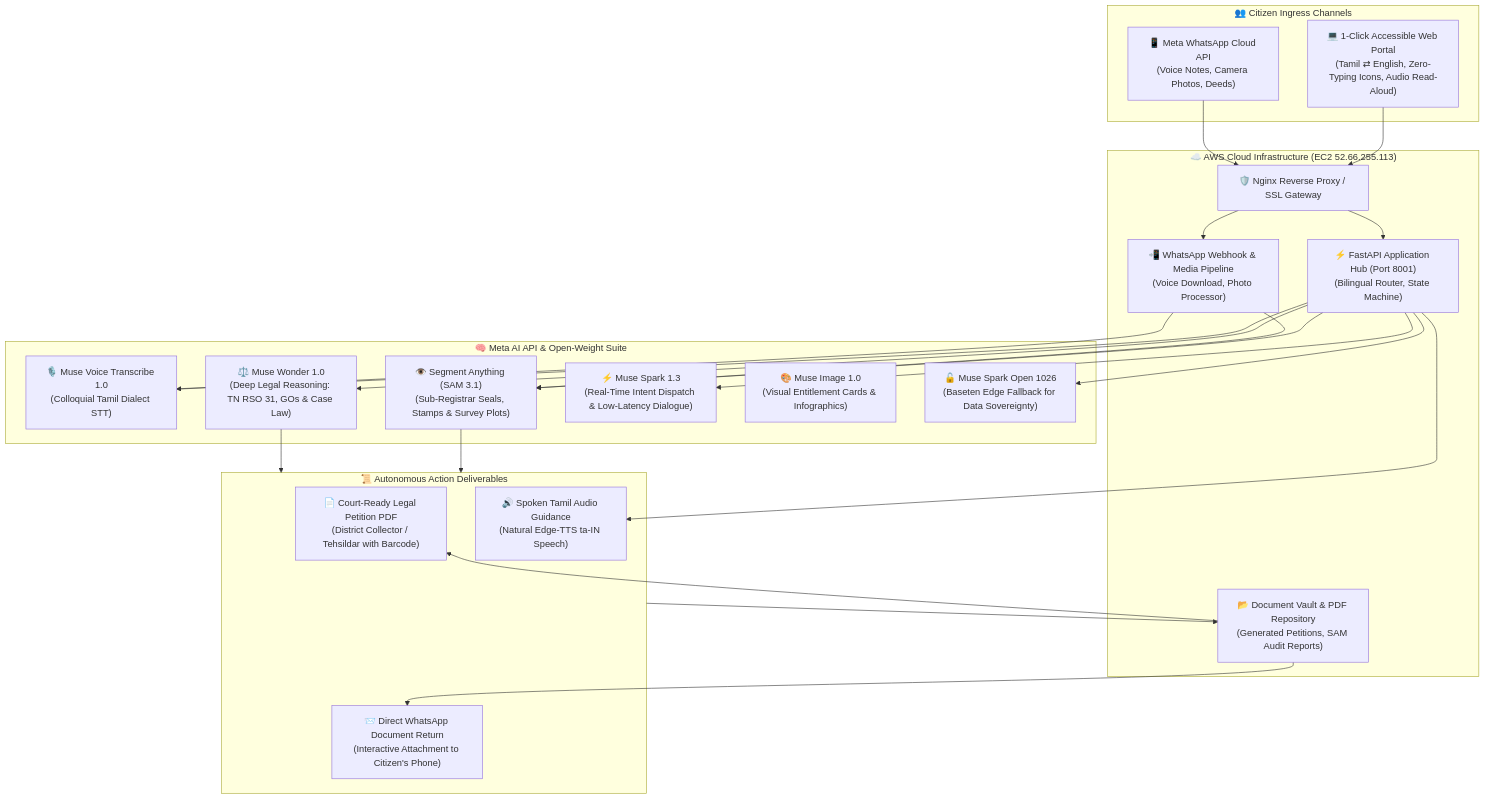
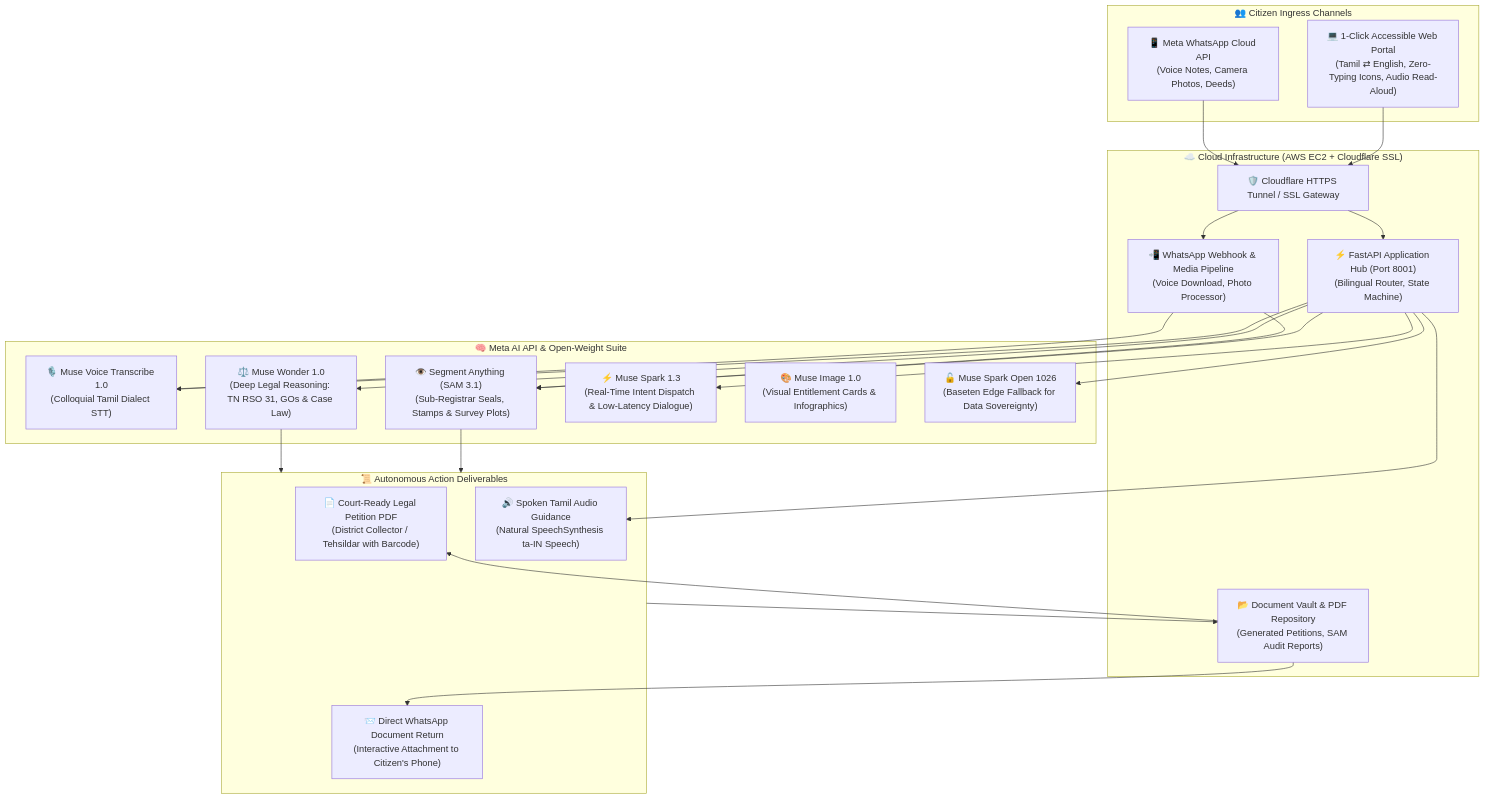
The diagram in README.md (rajakumaranaap-rgb/makkal-agent-ai), drawn with Mermaid before and after one commit. The commit also changed other lines of this file, not shown here.

Commit message:
docs: Update README with Anti-Project evasion analysis, live HTTPS cloud URL, and 50k bonus prizes alignment

````diff
--- a/README.md
+++ b/README.md
@@ -48,49 +101,49 @@
 ```mermaid
 flowchart TD
     subgraph Citizens["👥 Citizen Ingress Channels"]
         WApp["📱 Meta WhatsApp Cloud API<br/>(Voice Notes, Camera Photos, Deeds)"]
         WebUI["💻 1-Click Accessible Web Portal<br/>(Tamil ⇄ English, Zero-Typing Icons, Audio Read-Aloud)"]
     end
 
-    subgraph AWS_Cloud["☁️ AWS Cloud Infrastructure (EC2 52.66.255.113)"]
-        Nginx["🛡️ Nginx Reverse Proxy / SSL Gateway"]
+    subgraph Cloud_Infra["☁️ Cloud Infrastructure (AWS EC2 + Cloudflare SSL)"]
+        Tunnel["🛡️ Cloudflare HTTPS Tunnel / SSL Gateway"]
         FastAPI["⚡ FastAPI Application Hub (Port 8001)<br/>(Bilingual Router, State Machine)"]
         WA_Agent["📲 WhatsApp Webhook & Media Pipeline<br/>(Voice Download, Photo Processor)"]
-        S3_Local["📂 Document Vault & PDF Repository<br/>(Generated Petitions, SAM Audit Reports)"]
+        Vault["📂 Document Vault & PDF Repository<br/>(Generated Petitions, SAM Audit Reports)"]
     end
 
     subgraph Meta_AI_Suite["🧠 Meta AI API & Open-Weight Suite"]
         Voice["🎙️ Muse Voice Transcribe 1.0<br/>(Colloquial Tamil Dialect STT)"]
         Vision["👁️ Segment Anything (SAM 3.1)<br/>(Sub-Registrar Seals, Stamps & Survey Plots)"]
         Reasoning["⚖️ Muse Wonder 1.0<br/>(Deep Legal Reasoning: TN RSO 31, GOs & Case Law)"]
         Speed["⚡ Muse Spark 1.3<br/>(Real-Time Intent Dispatch & Low-Latency Dialogue)"]
         Visual["🎨 Muse Image 1.0<br/>(Visual Entitlement Cards & Infographics)"]
         OpenWeight["🔓 Muse Spark Open 1026<br/>(Baseten Edge Fallback for Data Sovereignty)"]
     end
 
     subgraph Action_Output["📜 Autonomous Action Deliverables"]
         PDF["📄 Court-Ready Legal Petition PDF<br/>(District Collector / Tehsildar with Barcode)"]
-        AudioOut["🔊 Spoken Tamil Audio Guidance<br/>(Natural Edge-TTS ta-IN Speech)"]
+        AudioOut["🔊 Spoken Tamil Audio Guidance<br/>(Natural SpeechSynthesis ta-IN Speech)"]
         WADispatch["📨 Direct WhatsApp Document Return<br/>(Interactive Attachment to Citizen's Phone)"]
     end
 
-    WApp --> Nginx
-    WebUI --> Nginx
-    Nginx --> FastAPI
-    Nginx --> WA_Agent
+    WApp --> Tunnel
+    WebUI --> Tunnel
+    Tunnel --> FastAPI
+    Tunnel --> WA_Agent
 
     WA_Agent --> Voice
     WA_Agent --> Vision
     FastAPI --> Voice
     FastAPI --> Vision
     FastAPI --> Speed
     FastAPI --> Reasoning
     FastAPI --> OpenWeight
 
     Reasoning --> Action_Output
     Vision --> Action_Output
-    Action_Output --> S3_Local
-    S3_Local --> WADispatch
-    S3_Local --> PDF
+    Action_Output --> Vault
+    Vault --> WADispatch
+    Vault --> PDF
     FastAPI --> AudioOut
 ```
````
